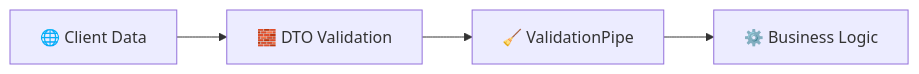
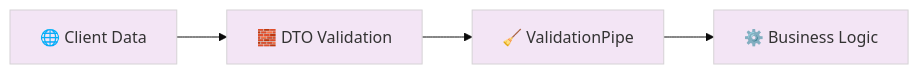
Before and after one commit to alvianzf/introduction-to-nest: the third of 5 diagrams in CODEBASE_ANALYSIS.md, drawn with Mermaid. The commit also changed other lines of this file and 2 other files, not shown here.

Commit message:
Enhance documentation visuals: Brighten Mermaid diagrams for better visibility

````diff
--- a/CODEBASE_ANALYSIS.md
+++ b/CODEBASE_ANALYSIS.md
@@ -42,6 +44,7 @@
 ```mermaid
+%%{init: {'theme': 'base', 'themeVariables': { 'primaryColor': '#f3e5f5', 'edgeColor': '#4a148c', 'tertiaryColor': '#e8f5e9'}}}%%
 flowchart LR
     Client[🌐 Client Data] --> DTO[🧱 DTO Validation]
     DTO --> Filter[🧹 ValidationPipe]
     Filter --> Service[⚙️ Business Logic]
 ```
````
